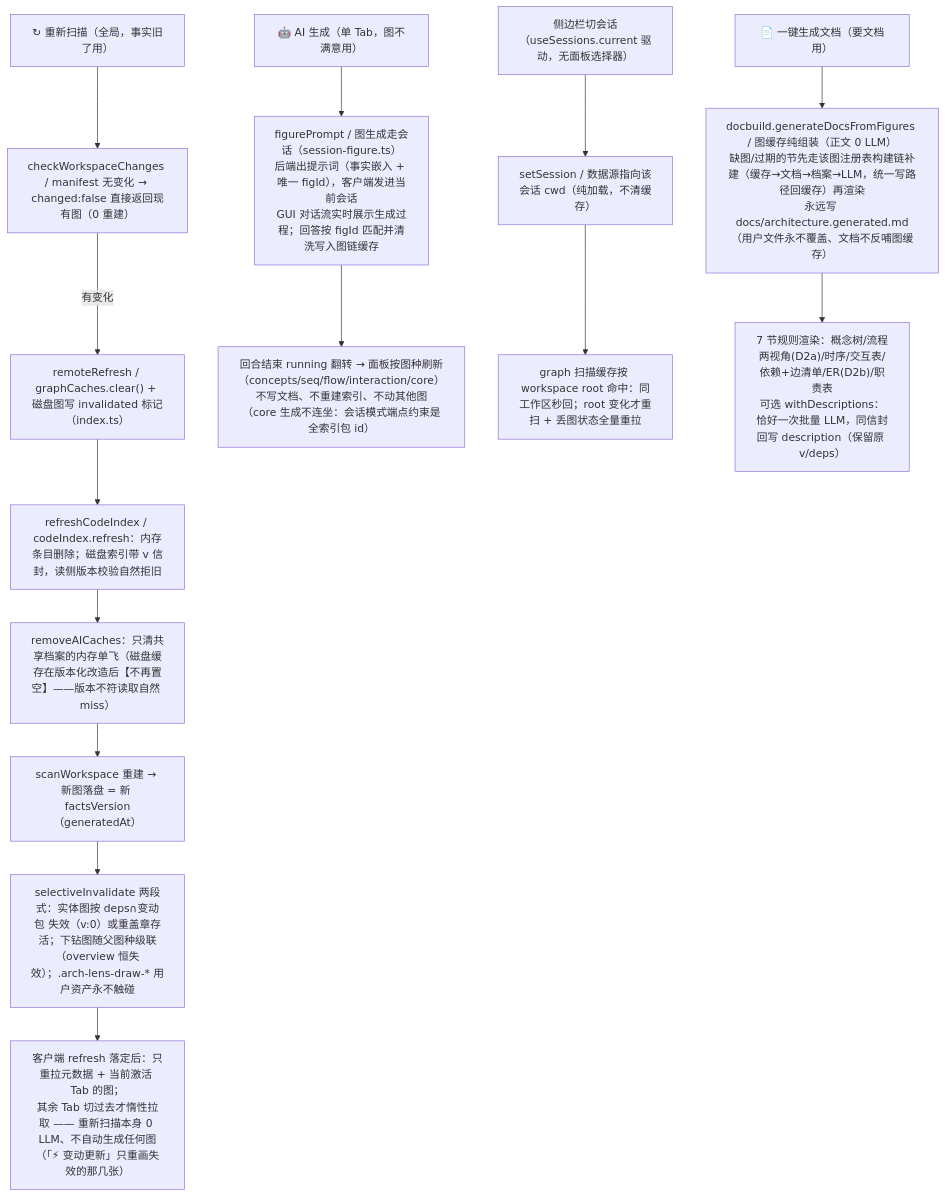
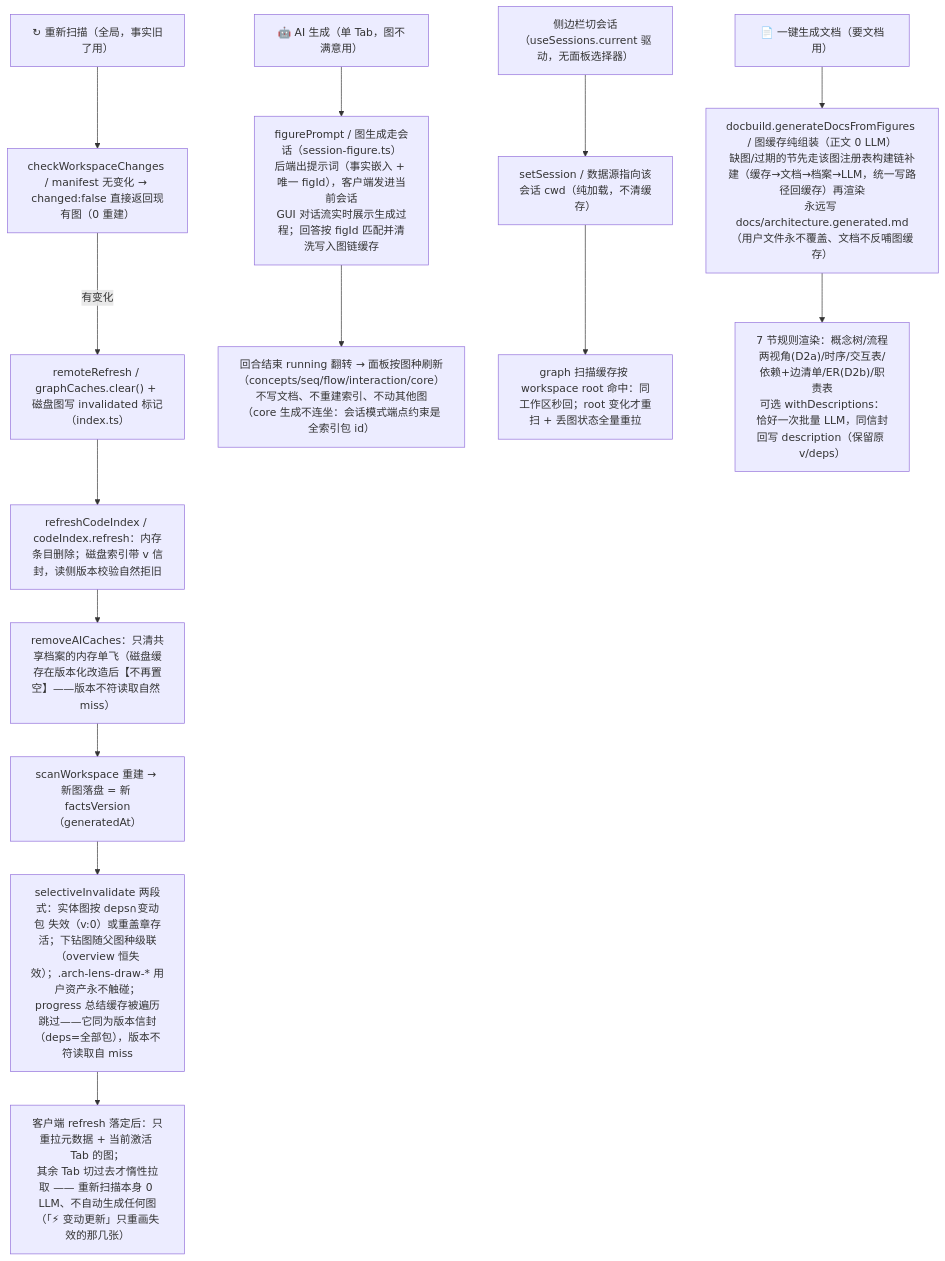
The eighth of 13 diagrams in docs/arch-lens-diagrams.md (gwj001/arch-lens), drawn with Mermaid before and after one commit. The commit also changed other lines of this file and 1 other file, not shown here.

````diff
--- a/docs/arch-lens-diagrams.md
+++ b/docs/arch-lens-diagrams.md
@@ -390,16 +394,16 @@
 ```mermaid
 flowchart TD
     RESCAN["↻ 重新扫描（全局，事实旧了用）"] --> B0["checkWorkspaceChanges / manifest 无变化 → changed:false 直接返回现有图（0 重建）"]
     B0 -->|"有变化"| B1["remoteRefresh / graphCaches.clear() + 磁盘图写 invalidated 标记（index.ts）"]
     B1 --> B2["refreshCodeIndex / codeIndex.refresh：内存条目删除；磁盘索引带 v 信封，读侧版本校验自然拒旧"]
     B2 --> B3["removeAICaches：只清共享档案的内存单飞（磁盘缓存在版本化改造后【不再置空】——版本不符读取自然 miss）"]
     B3 --> B4["scanWorkspace 重建 → 新图落盘 = 新 factsVersion（generatedAt）"]
-    B4 --> B45["selectiveInvalidate 两段式：实体图按 deps∩变动包 失效（v:0）或重盖章存活；下钻图随父图种级联（overview 恒失效）；.arch-lens-draw-* 用户资产永不触碰"]
+    B4 --> B45["selectiveInvalidate 两段式：实体图按 deps∩变动包 失效（v:0）或重盖章存活；下钻图随父图种级联（overview 恒失效）；.arch-lens-draw-* 用户资产永不触碰；progress 总结缓存被遍历跳过——它同为版本信封（deps=全部包），版本不符读取自 miss"]
     B45 --> B5["客户端 refresh 落定后：只重拉元数据 + 当前激活 Tab 的图；<br/>其余 Tab 切过去才惰性拉取 —— 重新扫描本身 0 LLM、不自动生成任何图（「⚡ 变动更新」只重画失效的那几张）"]
     AIGEN["🤖 AI 生成（单 Tab，图不满意用）"] --> D1["figurePrompt / 图生成走会话（session-figure.ts）<br/>后端出提示词（事实嵌入 + 唯一 figId），客户端发进当前会话<br/>GUI 对话流实时展示生成过程；回答按 figId 匹配并清洗写入图链缓存"]
     D1 --> D2["回合结束 running 翻转 → 面板按图种刷新（concepts/seq/flow/interaction/core）<br/>不写文档、不重建索引、不动其他图（core 生成不连坐：会话模式端点约束是全索引包 id）"]
     FOLLOW["侧边栏切会话（useSessions.current 驱动，无面板选择器）"] --> E1["setSession / 数据源指向该会话 cwd（纯加载，不清缓存）"]
     E1 --> E2["graph 扫描缓存按 workspace root 命中：同工作区秒回；root 变化才重扫 + 丢图状态全量重拉"]
     DOCS["📄 一键生成文档（要文档用）"] --> G1["docbuild.generateDocsFromFigures / 图缓存纯组装（正文 0 LLM）<br/>缺图/过期的节先走该图注册表构建链补建（缓存→文档→档案→LLM，统一写路径回缓存）再渲染<br/>永远写 docs/architecture.generated.md（用户文件永不覆盖、文档不反哺图缓存）"]
     G1 --> G2["7 节规则渲染：概念树/流程两视角(D2a)/时序/交互表/依赖+边清单/ER(D2b)/职责表<br/>可选 withDescriptions：恰好一次批量 LLM，同信封回写 description（保留原 v/deps）"]
 ```
````
